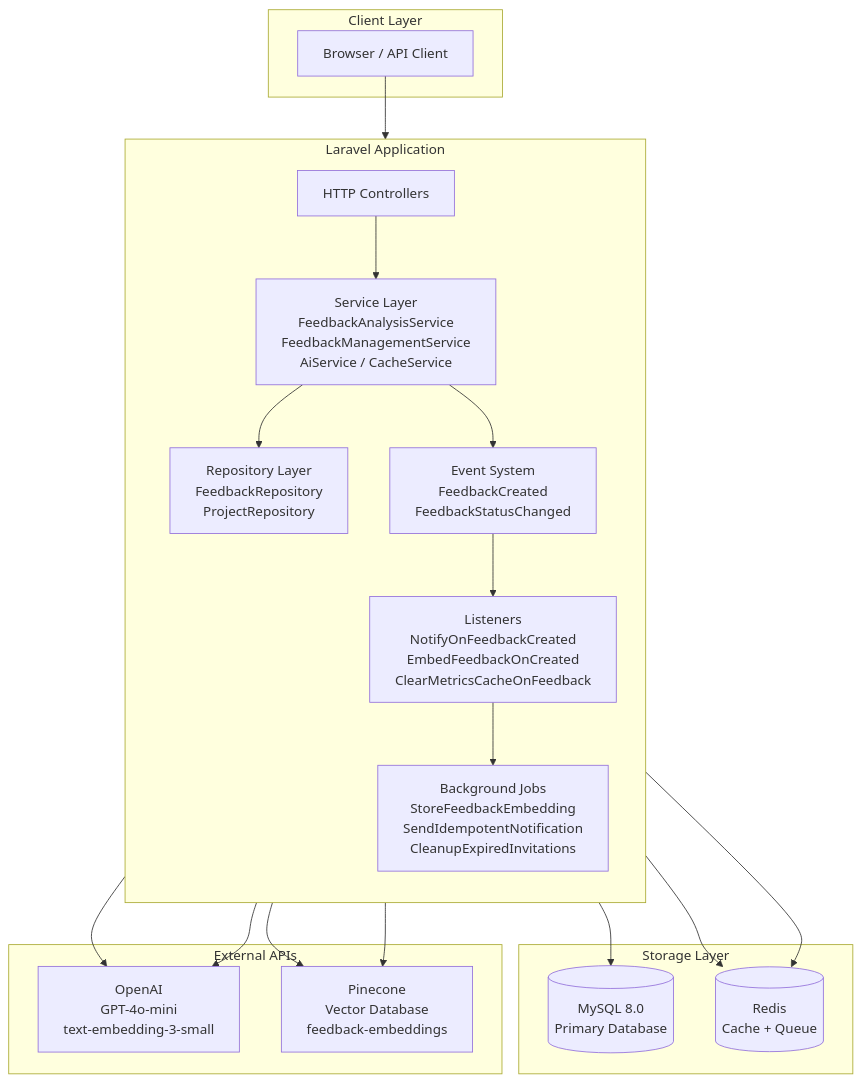
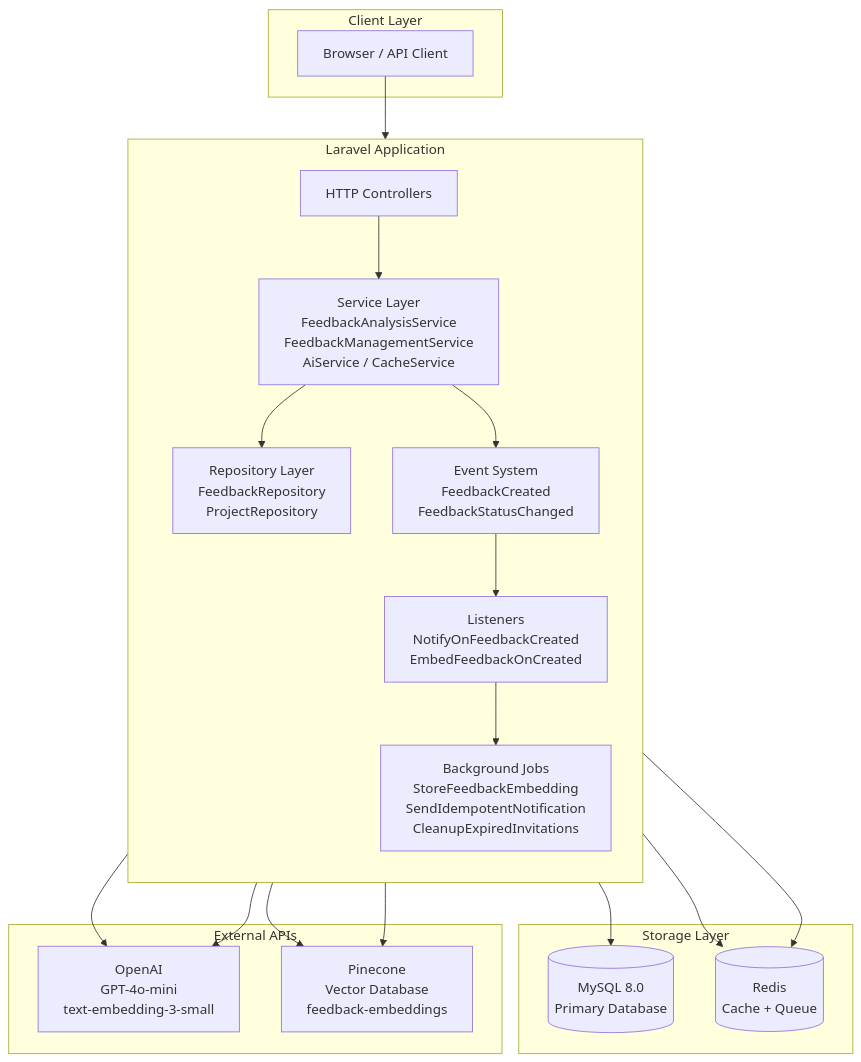
One commit to SunnyC0d3/feedbackhub changed the first of 5 diagrams in docs/DIAGRAMS.md. Above: the diagram before and after it, drawn with Mermaid. The commit also changed other lines of this file and 21 other files, not shown here.

````diff
--- a/docs/DIAGRAMS.md
+++ b/docs/DIAGRAMS.md
@@ -11,40 +11,40 @@
 ```mermaid
 graph TB
     subgraph Client["Client Layer"]
         UI[Browser / API Client]
     end
 
     subgraph App["Laravel Application"]
         direction TB
         HTTP[HTTP Controllers]
         SVC[Service Layer<br/>FeedbackAnalysisService<br/>FeedbackManagementService<br/>AiService / CacheService]
         REPO[Repository Layer<br/>FeedbackRepository<br/>ProjectRepository]
         EVENTS[Event System<br/>FeedbackCreated<br/>FeedbackStatusChanged]
-        LISTENERS[Listeners<br/>NotifyOnFeedbackCreated<br/>EmbedFeedbackOnCreated<br/>ClearMetricsCacheOnFeedback]
+        LISTENERS[Listeners<br/>NotifyOnFeedbackCreated<br/>EmbedFeedbackOnCreated]
         JOBS[Background Jobs<br/>StoreFeedbackEmbedding<br/>SendIdempotentNotification<br/>CleanupExpiredInvitations]
     end
 
     subgraph Storage["Storage Layer"]
         MYSQL[(MySQL 8.0<br/>Primary Database)]
         REDIS[(Redis<br/>Cache + Queue)]
     end
 
     subgraph External["External APIs"]
         OPENAI[OpenAI<br/>GPT-4o-mini<br/>text-embedding-3-small]
         PINECONE[Pinecone<br/>Vector Database<br/>feedback-embeddings]
     end
 
     UI --> HTTP
     HTTP --> SVC
     SVC --> REPO
     REPO --> MYSQL
     SVC --> EVENTS
     EVENTS --> LISTENERS
     LISTENERS --> JOBS
     JOBS --> REDIS
     SVC --> REDIS
     JOBS --> OPENAI
     JOBS --> PINECONE
     SVC --> OPENAI
     SVC --> PINECONE
 ```
````
